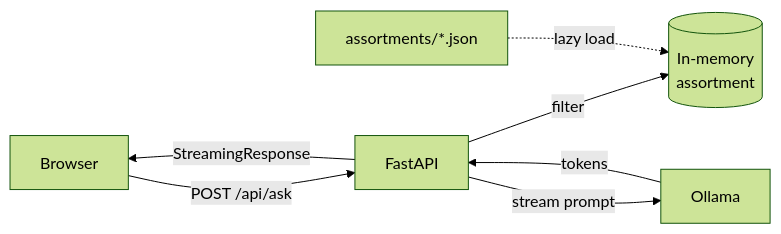
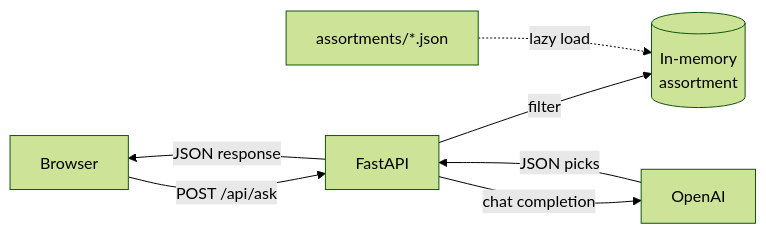
One commit to ThatPandaYouHate/WineAi changed the diagram in README.md. Above: the diagram before and after it, drawn with Mermaid (forest theme). The commit also changed other lines of this file and 12 other files, not shown here.

````diff
--- a/README.md
+++ b/README.md
@@ -5,9 +5,9 @@
 ```mermaid
 flowchart LR
     User[Browser] -->|POST /api/ask| FastAPI
     FastAPI -->|filter| Cache[(In-memory<br/>assortment)]
-    FastAPI -->|stream prompt| Ollama
-    Ollama -->|tokens| FastAPI
-    FastAPI -->|StreamingResponse| User
+    FastAPI -->|chat completion| OpenAI
+    OpenAI -->|JSON picks| FastAPI
+    FastAPI -->|JSON response| User
     JSON[assortments/*.json] -.->|lazy load| Cache
 ```
````
